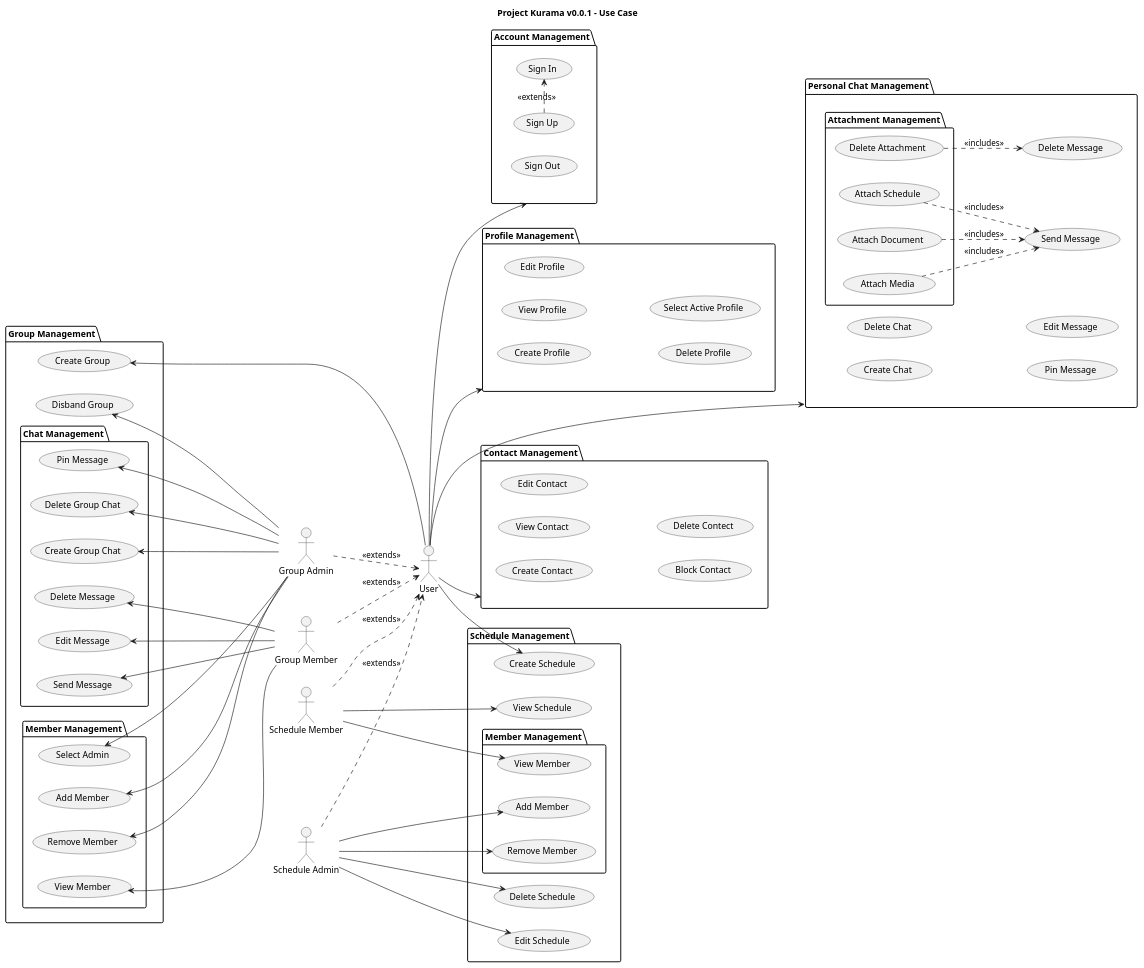
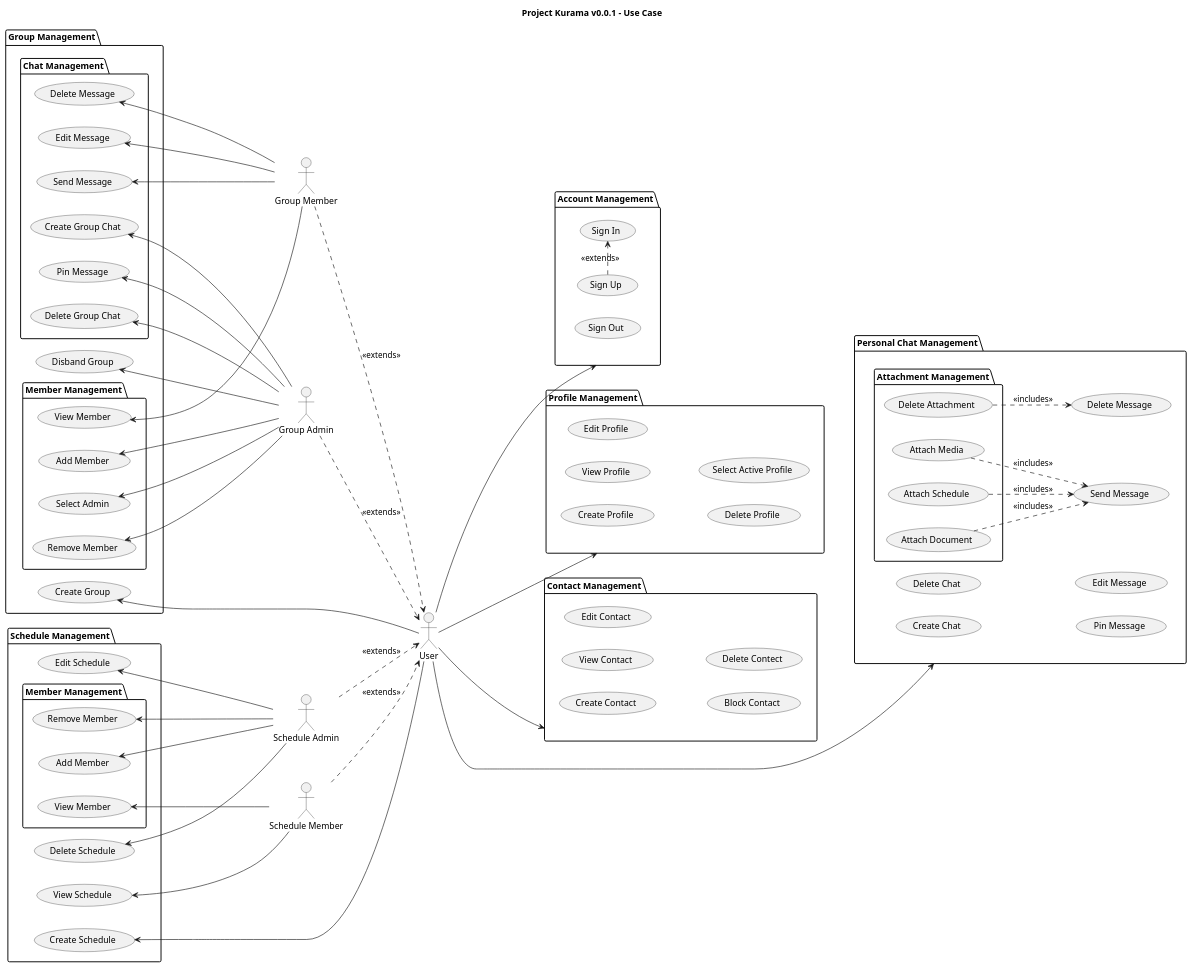
The diagram in entity.puml (ycagung/kurama-uml), drawn with PlantUML before and after one commit.

Commit message:
Use Case Diagram

```diff
--- a/entity.puml
+++ b/entity.puml
@@ -1,131 +1,131 @@
 @startuml entity
 
 left to right direction
 title "Project Kurama v0.0.1 - Use Case"
 
 actor "User" as user
 actor "Group Admin" as groupAdmin
 actor "Group Member" as groupMember
 actor "Schedule Member" as scheduleMember
 actor "Schedule Admin" as scheduleAdmin
 
 package "Account Management" as accountManagement {
     usecase "Sign Up" as signUp
     usecase "Sign In" as signIn
     usecase "Sign Out" as signOut
 }
 
 package "Profile Management" as profileManagement {
     usecase "Create Profile" as createProfile
     usecase "View Profile" as readProfile
     usecase "Edit Profile" as editProfile
     usecase "Delete Profile" as deleteProfile
     usecase "Select Active Profile" as selectActiveProfile
 }
 
 package "Contact Management" as contactManagement {
     usecase "Create Contact" as createContact
     usecase "View Contact" as viewContact
     usecase "Edit Contact" as editContact
     usecase "Block Contact" as blockContact
     usecase "Delete Contect" as deleteContact
 }
 
 package "Group Management" as groupManagement {
     usecase "Create Group" as createGroup
     usecase "Disband Group" as disbandGroup
 
     package "Member Management" as memberManagement {
         usecase "Add Member" as addGroupMember
         usecase "View Member" as viewGroupMember
         usecase "Remove Member" as removeGroupMember
         usecase "Select Admin" as selectGroupAdmin
     }
 
     package "Chat Management" as groupChatManagement {
         usecase "Create Group Chat" as createGroupChat
         usecase "Delete Group Chat" as deleteGroupChat
 
         usecase "Send Message" as sendGroupMessage
         usecase "Pin Message" as pinGroupMessage
         usecase "Edit Message" as editGroupMessage
         usecase "Delete Message" as deleteGroupMessage
     }
 }
 
 package "Personal Chat Management" as personalChatMangement {
     usecase "Create Chat" as createChat
     usecase "Delete Chat" as deleteChat
 
     usecase "Send Message" as sendMessage
     usecase "Pin Message" as pinMessage
     usecase "Edit Message" as editMessage
     usecase "Delete Message" as deleteMessage
     
     package "Attachment Management" as attachmentManagement {
         usecase "Attach Media" as attachMedia
         usecase "Attach Document" as attachDocument
         usecase "Attach Schedule" as attachSchedule
         usecase "Delete Attachment" as deleteAttachment
     }
 }
 
 package "Schedule Management" as scheduleManagement { 
     usecase "Create Schedule" as createSchedule
     usecase "View Schedule" as viewSchedule
     usecase "Edit Schedule" as editSchedule
     usecase "Delete Schedule" as deleteSchedule
 
     package "Member Management" as scheduleMemberManagement {
         usecase "Add Member" as addScheduleMember
         usecase "View Member" as viewSchduleMember
         usecase "Remove Member" as removeScheduleMember
     }
 }
 
 groupAdmin ..> user : <<extends>>
 groupMember ..> user : <<extends>>
 scheduleAdmin ..> user : <<extends>>
 scheduleMember ..> user : <<extends>>
 
 ' Account Managemenet
-user -down-> accountManagement
+user --down--> accountManagement
 signUp .> signIn : <<extends>>
 
 ' Profile Management
-user -down-> profileManagement
+user --down--> profileManagement
 
 ' Contact Management
-user -down-> contactManagement
+user --down--> contactManagement
 
 ' Group Management
 user -down-> createGroup
 groupAdmin --up--> disbandGroup
 groupAdmin --up--> removeGroupMember
 groupAdmin --up--> addGroupMember
 groupAdmin --up--> selectGroupAdmin
 groupAdmin --up--> createGroupChat
 groupAdmin --up--> deleteGroupChat
 groupAdmin --up--> pinGroupMessage
 groupMember --up--> viewGroupMember
 groupMember --up--> sendGroupMessage
 groupMember --up--> editGroupMessage
 groupMember --up--> deleteGroupMessage
 
 ' Personal Chat Management
-user --> personalChatMangement
+user -down-> personalChatMangement
 attachMedia ..> sendMessage : <<includes>>
 attachDocument ..> sendMessage : <<includes>>
 attachSchedule ..> sendMessage : <<includes>>
 deleteAttachment ..> deleteMessage : <<includes>>
 
 ' Schedule Management
 user -down-> createSchedule
-scheduleAdmin --> editSchedule
-scheduleAdmin --> deleteSchedule
-scheduleAdmin --> addScheduleMember
-scheduleAdmin --> removeScheduleMember
-scheduleMember --> viewSchedule
-scheduleMember --> viewSchduleMember
+scheduleAdmin --up--> editSchedule
+scheduleAdmin --up--> deleteSchedule
+scheduleAdmin --up--> addScheduleMember
+scheduleAdmin --up--> removeScheduleMember
+scheduleMember --up--> viewSchedule
+scheduleMember --up--> viewSchduleMember
 
 @enduml
```
